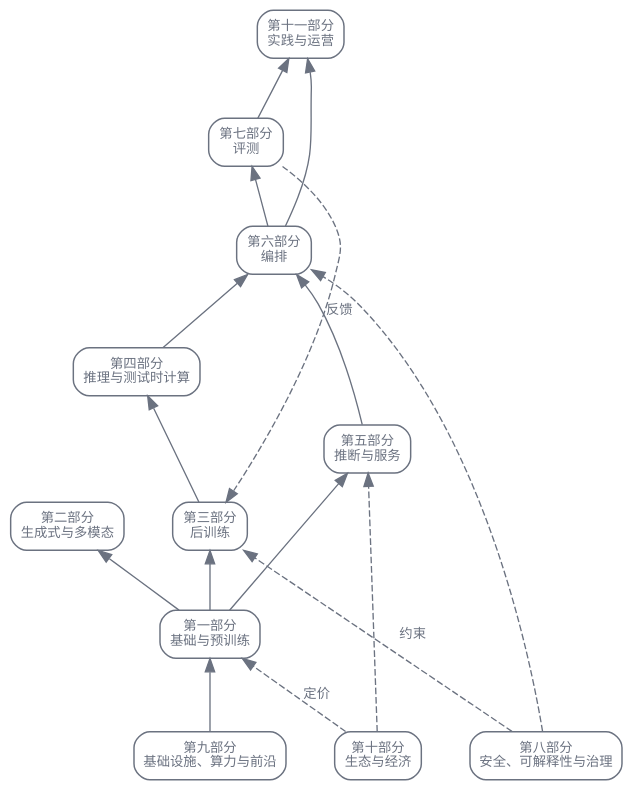
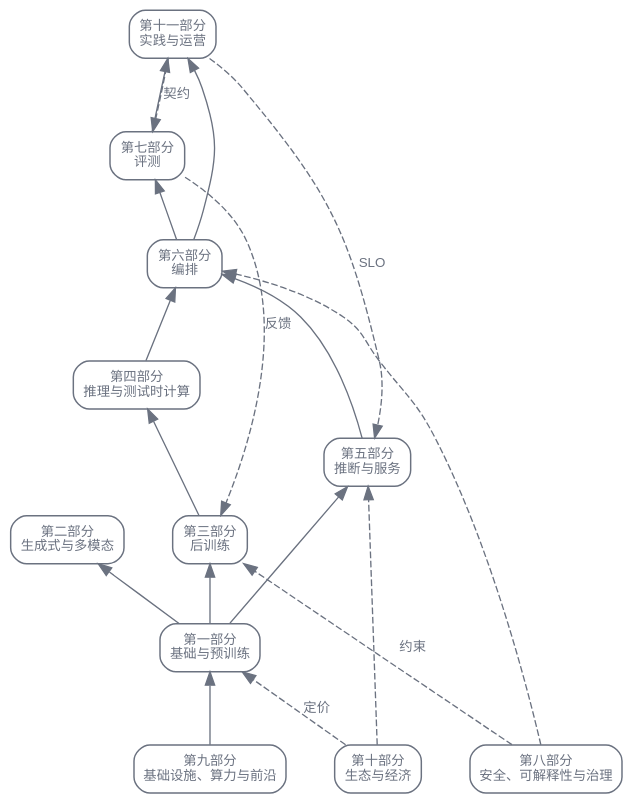
The first of 2 diagrams in zh/orientation/02-field-map.qmd (latere-ai/ai-as-an-infrastructure), drawn with Graphviz before and after one commit. The commit also changed other lines of this file and 26 other files, not shown here.

````diff
--- a/zh/orientation/02-field-map.qmd
+++ b/zh/orientation/02-field-map.qmd
@@ -13,34 +13,36 @@
 ```{dot}
 //| label: fig-field-map-stack
 //| fig-cap: "这些实质部分读作一个栈。实线箭头从一层指向构建于其上的那层；虚线箭头是横切的力（评估反馈、安全约束、经济定价），它们跨层施加影响，而不是把一层传递给下一层。"
 digraph {
   bgcolor="transparent";
   rankdir=BT;
   nodesep=0.5; ranksep=0.6;
   node [shape=box, style=rounded, fontsize=10, fontname="Helvetica", color="#6b7280", fontcolor="#6b7280", penwidth=1.1];
   edge [fontsize=10, fontname="Helvetica", color="#6b7280", fontcolor="#6b7280"];
 
   PIX  [label="第九部分\n基础设施、算力与前沿"];
   PI   [label="第一部分\n基础与预训练"];
   PII  [label="第二部分\n生成式与多模态"];
   PIII [label="第三部分\n后训练"];
   PIV  [label="第四部分\n推理与测试时计算"];
   PV   [label="第五部分\n推断与服务"];
   PVI  [label="第六部分\n编排"];
   PVII [label="第七部分\n评测"];
   PVIII[label="第八部分\n安全、可解释性与治理"];
   PX   [label="第十部分\n生态与经济"];
   PXI  [label="第十一部分\n实践与运营"];
 
   PIX -> PI;
   PI -> PII; PI -> PIII; PI -> PV;
   PIII -> PIV; PIV -> PVI; PV -> PVI;
   PVI -> PVII; PVI -> PXI; PVII -> PXI;
 
   PVII  -> PIII [style=dashed, label="反馈", constraint=false];
   PVIII -> PIII [style=dashed, label="约束", constraint=false];
   PVIII -> PVI  [style=dashed, constraint=false];
   PX -> PI [style=dashed, label="定价", constraint=false];
   PX -> PV [style=dashed, constraint=false];
+  PXI -> PV [style=dashed, label="SLO", constraint=false];
+  PXI -> PVII [style=dashed, label="契约", constraint=false];
 }
 ```
````
